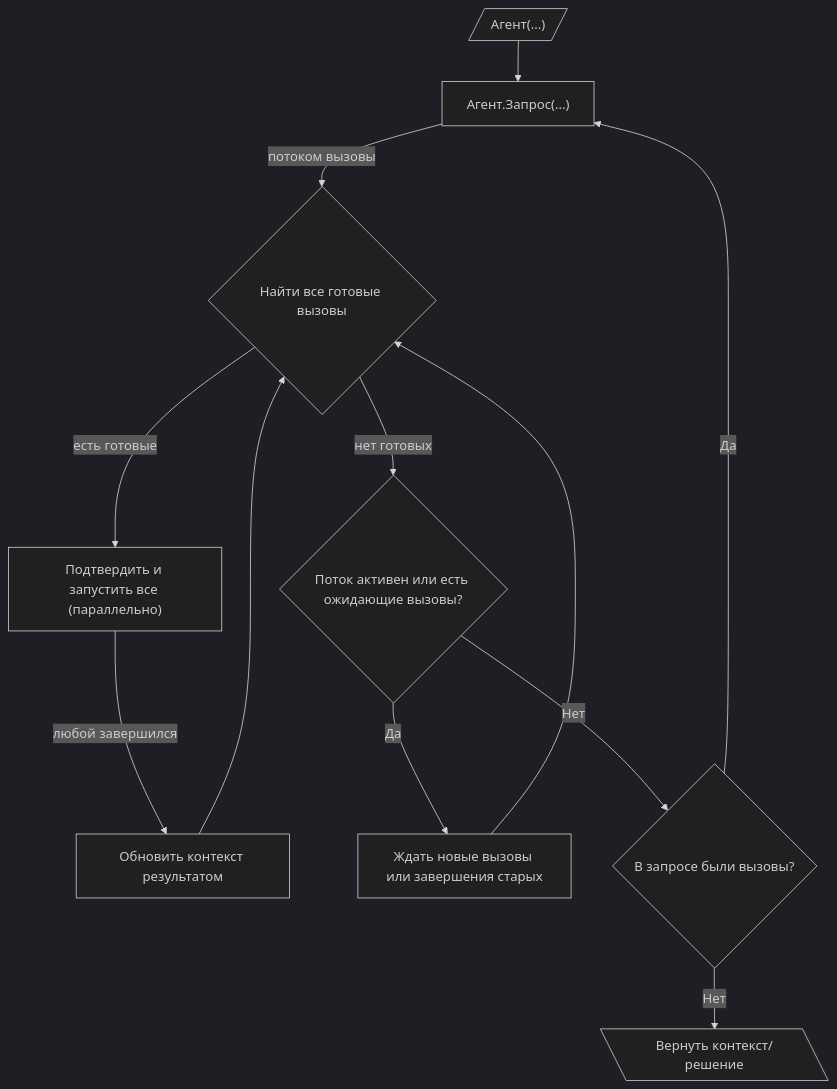
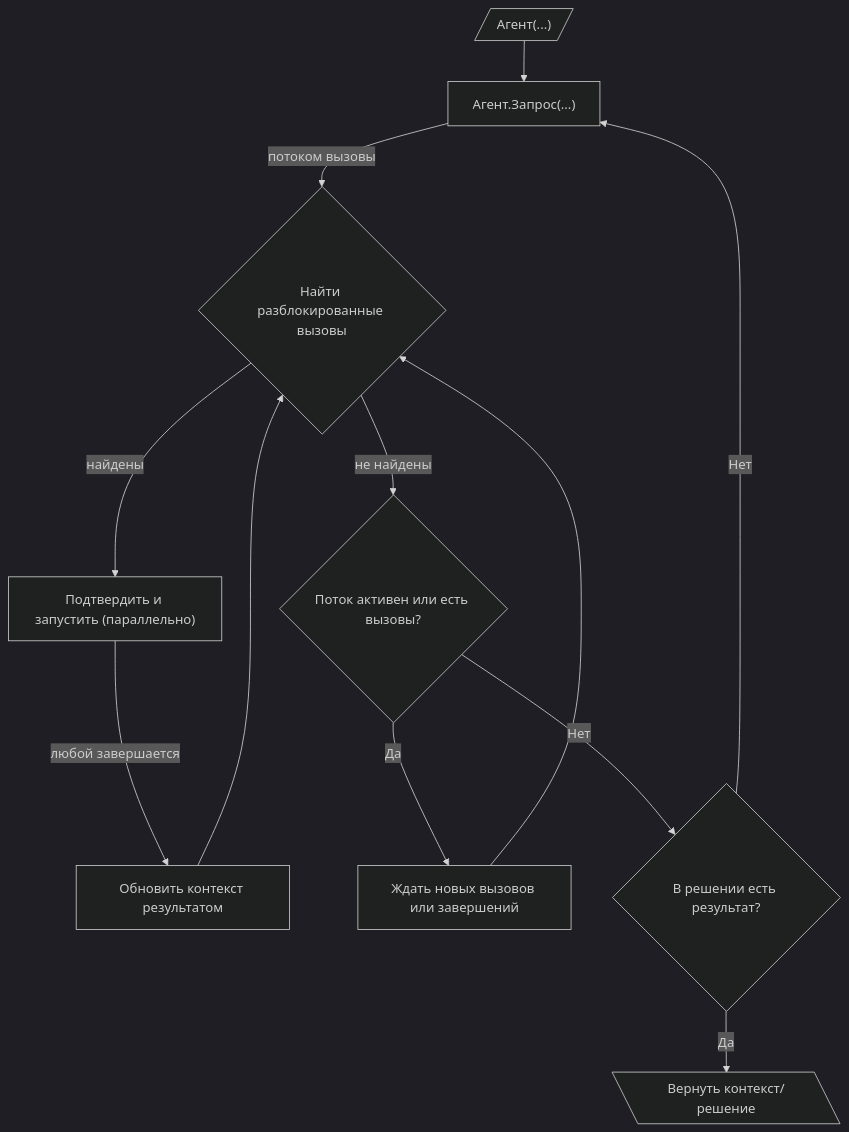
The diagram in translations/simple-ru/acts/010_agent_loop.md (idealic-ai/docs), drawn with Mermaid (dark theme) before and after one commit. The commit also changed other lines of this file and 4 other files, not shown here.

````diff
--- a/translations/simple-ru/acts/010_agent_loop.md
+++ b/translations/simple-ru/acts/010_agent_loop.md
@@ -39,17 +39,17 @@
 ```mermaid
 graph TD
     Start[/"Агент(...)"/] --> Request["Агент.Запрос(...)"];
-    Request -- "потоком вызовы" --> FindUnblocked{"Найти все готовые вызовы"};
+    Request -- потоком вызовы --> FindUnblocked{"Найти разблокированные вызовы"};
 
-    FindUnblocked -- "есть готовые" --> ConfirmAndLaunch["Подтвердить и запустить все (параллельно)"];
-    ConfirmAndLaunch -- "любой завершился" --> UpdateContext["Обновить контекст результатом"];
+    FindUnblocked -- "найдены" --> ConfirmAndLaunch["Подтвердить и запустить (параллельно)"];
+    ConfirmAndLaunch -- "любой завершается" --> UpdateContext["Обновить контекст результатом"];
     UpdateContext --> FindUnblocked;
 
-    FindUnblocked -- "нет готовых" --> CheckStreamAndPending{"Поток активен или есть ожидающие вызовы?"};
-    CheckStreamAndPending -- "Да" --> Wait["Ждать новые вызовы или завершения старых"];
+    FindUnblocked -- "не найдены" --> CheckStreamAndPending{"Поток активен или есть вызовы?"};
+    CheckStreamAndPending -- Да --> Wait["Ждать новых вызовов или завершений"];
     Wait --> FindUnblocked;
 
-    CheckStreamAndPending -- "Нет" --> CheckTermination{"В запросе были вызовы?"};
-    CheckTermination -- "Да" --> Request;
-    CheckTermination -- "Нет" --> End[\"Вернуть контекст/решение"\];
+    CheckStreamAndPending -- Нет --> CheckTermination{"В решении есть результат?"};
+    CheckTermination -- Нет --> Request;
+    CheckTermination -- Да --> End[\"Вернуть контекст/решение"\];
 ```
````
